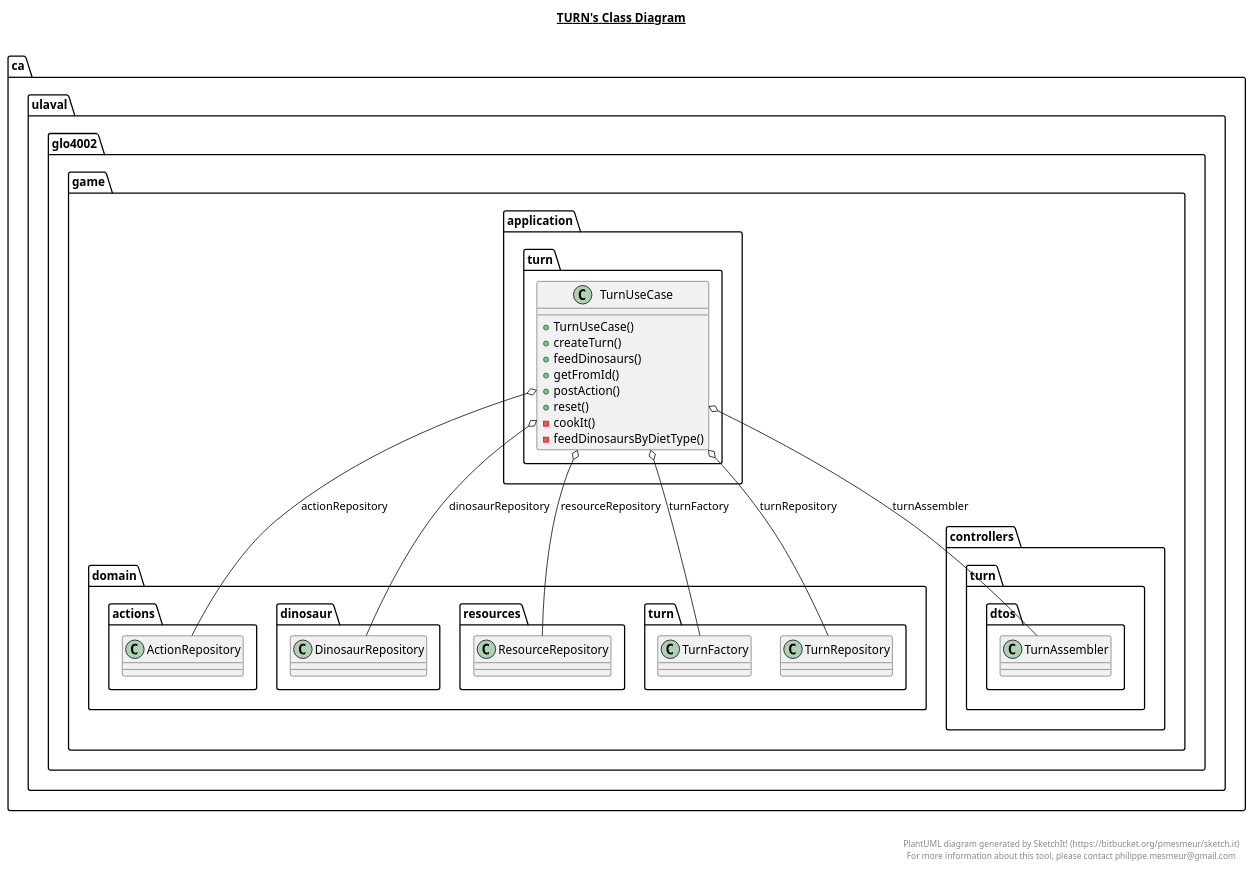
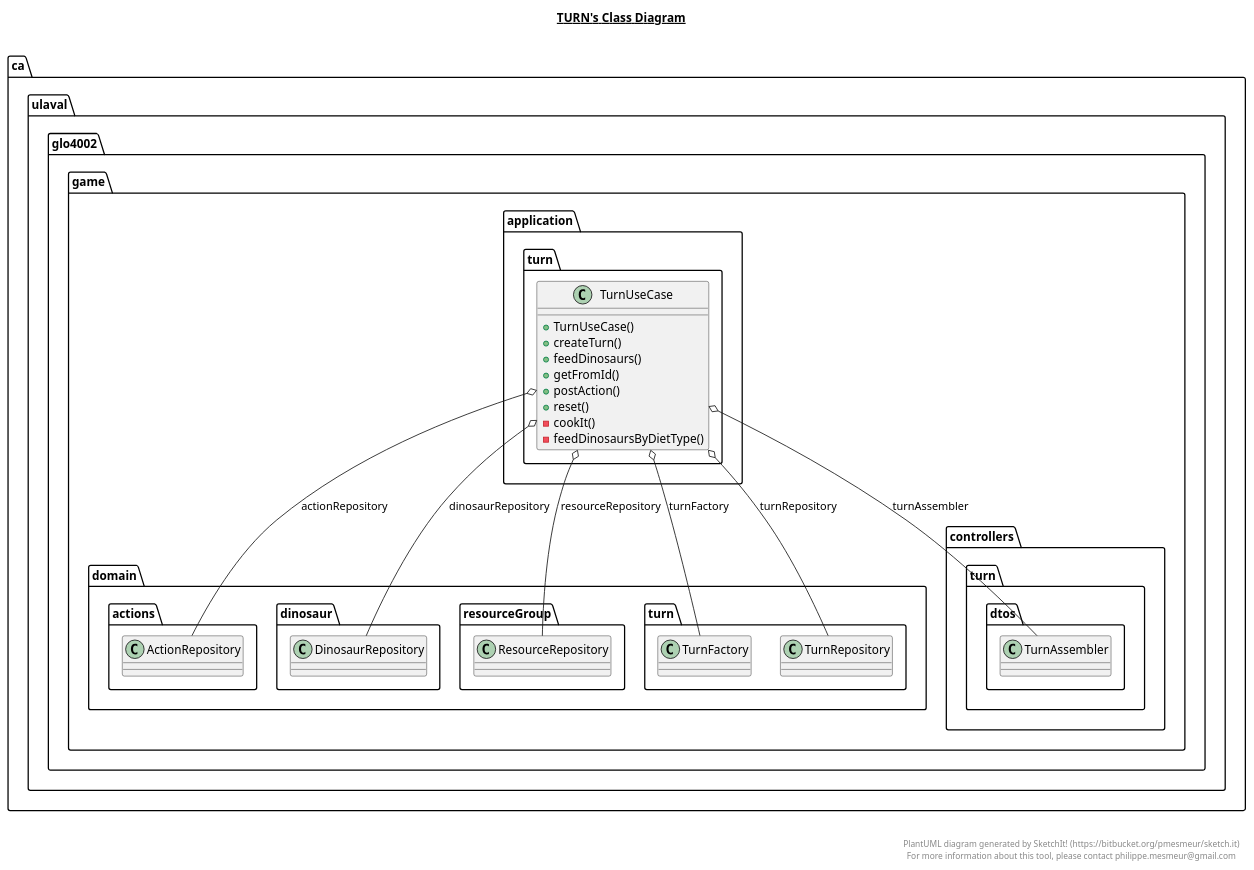
The diagram in game-api/src/main/java/ca/ulaval/glo4002/game/application/turn/turn.plantuml (MALEC321/MEP7), drawn with PlantUML before and after one commit. The commit also changed 26 other files, not shown here.

Commit message:
refactor Resources -> ResourceGroup

```diff
--- a/game-api/src/main/java/ca/ulaval/glo4002/game/application/turn/turn.plantuml
+++ b/game-api/src/main/java/ca/ulaval/glo4002/game/application/turn/turn.plantuml
@@ -1,36 +1,36 @@
 @startuml
 
 title __TURN's Class Diagram__\n
 
     namespace ca.ulaval.glo4002.game {
       namespace application.turn {
         class ca.ulaval.glo4002.game.application.turn.TurnUseCase {
             + TurnUseCase()
             + createTurn()
             + feedDinosaurs()
             + getFromId()
             + postAction()
             + reset()
             - cookIt()
             - feedDinosaursByDietType()
         }
       }
     }
   
 
   ca.ulaval.glo4002.game.application.turn.TurnUseCase o-- ca.ulaval.glo4002.game.domain.actions.ActionRepository : actionRepository
   ca.ulaval.glo4002.game.application.turn.TurnUseCase o-- ca.ulaval.glo4002.game.domain.dinosaur.DinosaurRepository : dinosaurRepository
-  ca.ulaval.glo4002.game.application.turn.TurnUseCase o-- ca.ulaval.glo4002.game.domain.resources.ResourceRepository : resourceRepository
+  ca.ulaval.glo4002.game.application.turn.TurnUseCase o-- ca.ulaval.glo4002.game.domain.resourceGroup.ResourceRepository : resourceRepository
   ca.ulaval.glo4002.game.application.turn.TurnUseCase o-- ca.ulaval.glo4002.game.controllers.turn.dtos.TurnAssembler : turnAssembler
   ca.ulaval.glo4002.game.application.turn.TurnUseCase o-- ca.ulaval.glo4002.game.domain.turn.TurnFactory : turnFactory
   ca.ulaval.glo4002.game.application.turn.TurnUseCase o-- ca.ulaval.glo4002.game.domain.turn.TurnRepository : turnRepository
 
 
 right footer
 
 
 PlantUML diagram generated by SketchIt! (https://bitbucket.org/pmesmeur/sketch.it)
 For more information about this tool, please contact philippe.mesmeur@gmail.com
 endfooter
 
 @enduml
```
